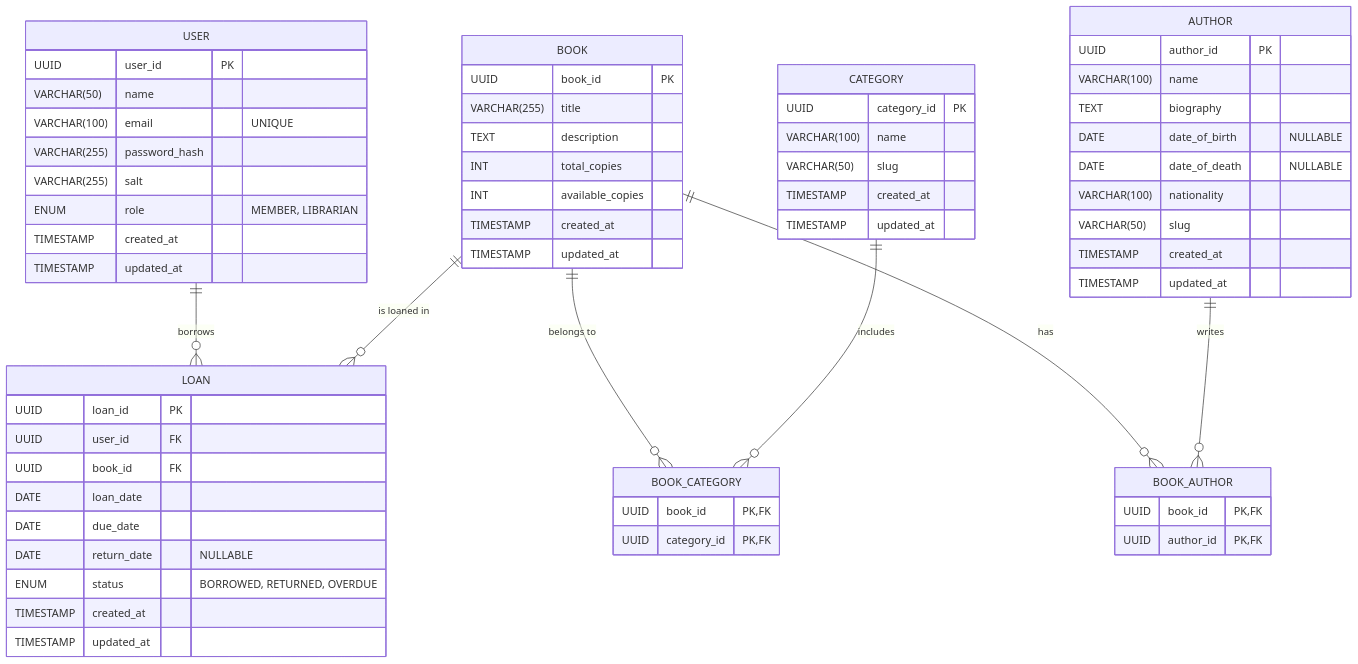
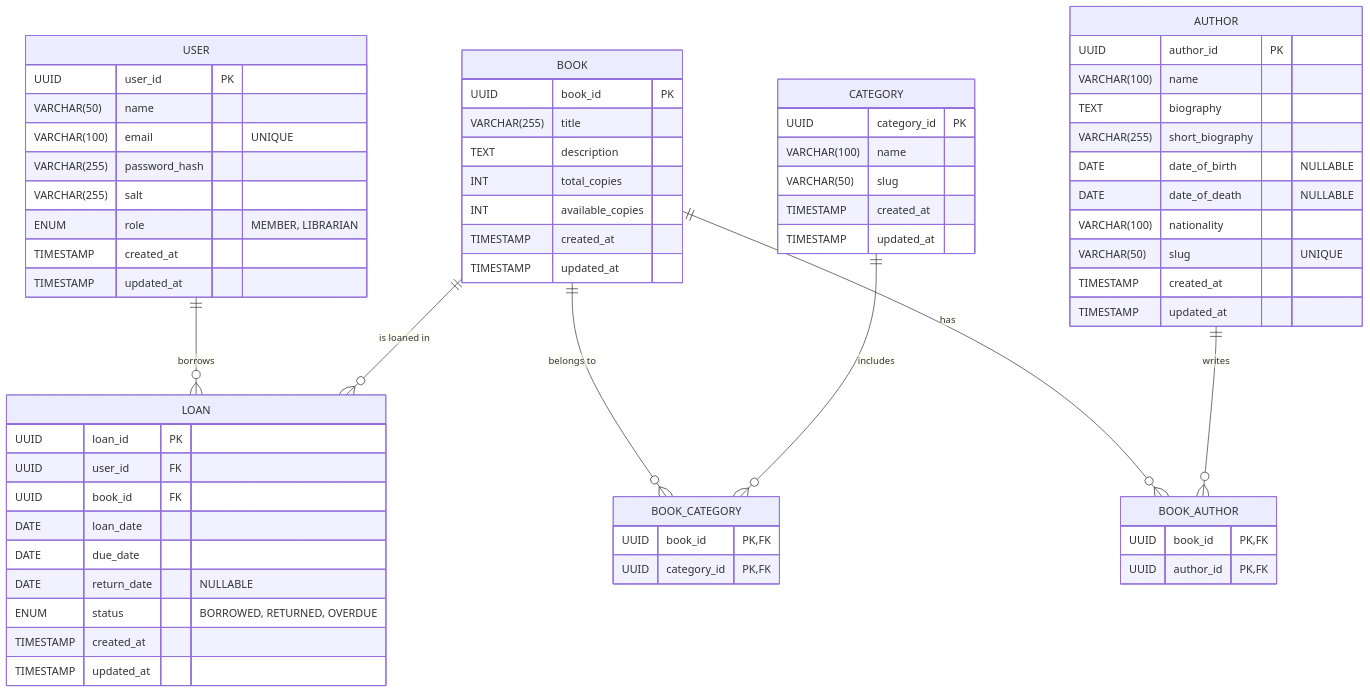
The diagram in README.md (2giosangmitom/library-management), drawn with Mermaid before and after one commit. The commit also changed 8 other files, not shown here.

Commit message:
feat(api): add short_biography field for author table

````diff
--- a/README.md
+++ b/README.md
@@ -7,72 +7,73 @@
 ```mermaid
 erDiagram
   USER {
     UUID user_id PK
     VARCHAR(50) name
     VARCHAR(100) email "UNIQUE"
     VARCHAR(255) password_hash
     VARCHAR(255) salt
     ENUM role "MEMBER, LIBRARIAN"
     TIMESTAMP created_at
     TIMESTAMP updated_at
   }
 
   CATEGORY {
     UUID category_id PK
     VARCHAR(100) name
     VARCHAR(50) slug
     TIMESTAMP created_at
     TIMESTAMP updated_at
   }
 
   AUTHOR {
     UUID author_id PK
     VARCHAR(100) name
     TEXT biography
+    VARCHAR(255) short_biography
     DATE date_of_birth "NULLABLE"
     DATE date_of_death "NULLABLE"
     VARCHAR(100) nationality
-    VARCHAR(50) slug
+    VARCHAR(50) slug "UNIQUE"
     TIMESTAMP created_at
     TIMESTAMP updated_at
   }
 
   BOOK {
     UUID book_id PK
     VARCHAR(255) title
     TEXT description
     INT total_copies
     INT available_copies
     TIMESTAMP created_at
     TIMESTAMP updated_at
   }
 
   BOOK_AUTHOR {
     UUID book_id PK, FK
     UUID author_id PK, FK
   }
 
   BOOK_CATEGORY {
     UUID book_id PK, FK
     UUID category_id PK, FK
   }
 
   LOAN {
     UUID loan_id PK
     UUID user_id FK
     UUID book_id FK
     DATE loan_date
     DATE due_date
     DATE return_date "NULLABLE"
     ENUM status "BORROWED, RETURNED, OVERDUE"
     TIMESTAMP created_at
     TIMESTAMP updated_at
   }
 
   USER ||--o{ LOAN: "borrows"
   BOOK ||--o{ LOAN: "is loaned in"
   BOOK ||--o{ BOOK_AUTHOR: "has"
   AUTHOR ||--o{ BOOK_AUTHOR: "writes"
   BOOK ||--o{ BOOK_CATEGORY: "belongs to"
   CATEGORY ||--o{ BOOK_CATEGORY: "includes"
 ```
````
